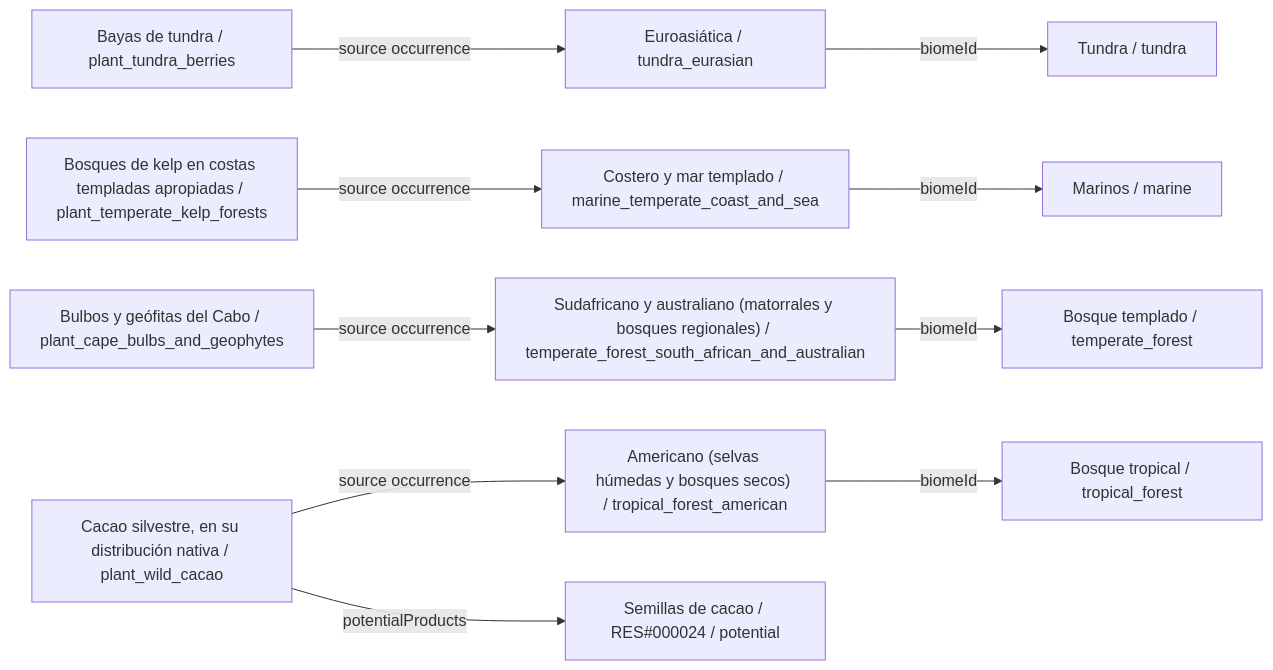
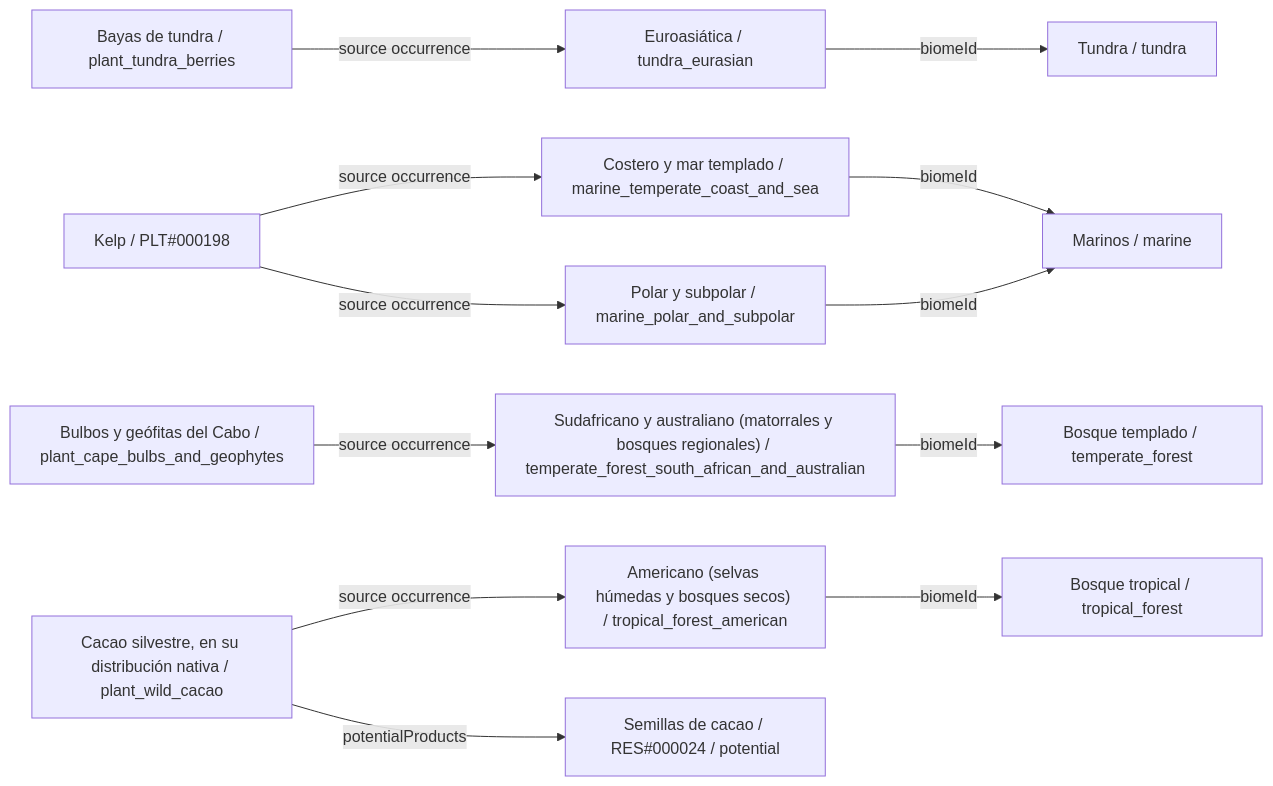
One commit to fgabo404/EvolveDoc changed the sixth of 34 diagrams in data/plants/DIAGRAMS.es.md. Above: the diagram before and after it, drawn with Mermaid. The commit also changed other lines of this file and 59 other files, not shown here.

````diff
--- a/data/plants/DIAGRAMS.es.md
+++ b/data/plants/DIAGRAMS.es.md
@@ -330,25 +282,28 @@
 ```mermaid
 flowchart LR
     c0["Bayas de tundra / plant_tundra_berries"]
     v9["Euroasiática / tundra_eurasian"]
     b2["Tundra / tundra"]
-    c1["Bosques de kelp en costas templadas apropiadas / plant_temperate_kelp_forests"]
+    c1["Kelp / PLT#000198"]
     v20["Costero y mar templado / marine_temperate_coast_and_sea"]
     b5["Marinos / marine"]
+    v21["Polar y subpolar / marine_polar_and_subpolar"]
     c2["Bulbos y geófitas del Cabo / plant_cape_bulbs_and_geophytes"]
     v6["Sudafricano y australiano (matorrales y bosques regionales) / temperate_forest_south_african_and_australian"]
     b1["Bosque templado / temperate_forest"]
     c3["Cacao silvestre, en su distribución nativa / plant_wild_cacao"]
     v0["Americano (selvas húmedas y bosques secos) / tropical_forest_american"]
     b0["Bosque tropical / tropical_forest"]
     o3_0["Semillas de cacao / RES#000024 / potential"]
     c0 -->|source occurrence| v9
     c1 -->|source occurrence| v20
+    c1 -->|source occurrence| v21
     c2 -->|source occurrence| v6
     c3 -->|potentialProducts| o3_0
     c3 -->|source occurrence| v0
     v0 -->|biomeId| b0
     v20 -->|biomeId| b5
+    v21 -->|biomeId| b5
     v6 -->|biomeId| b1
     v9 -->|biomeId| b2
 ```
````
